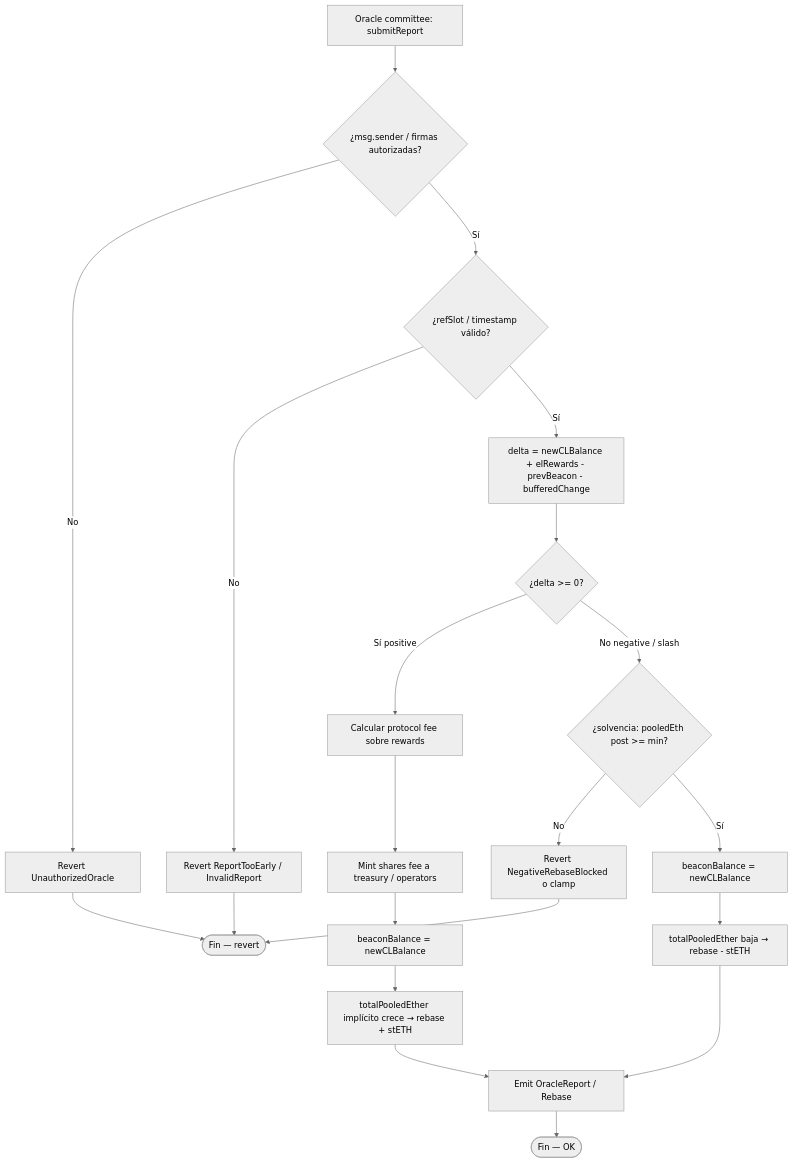
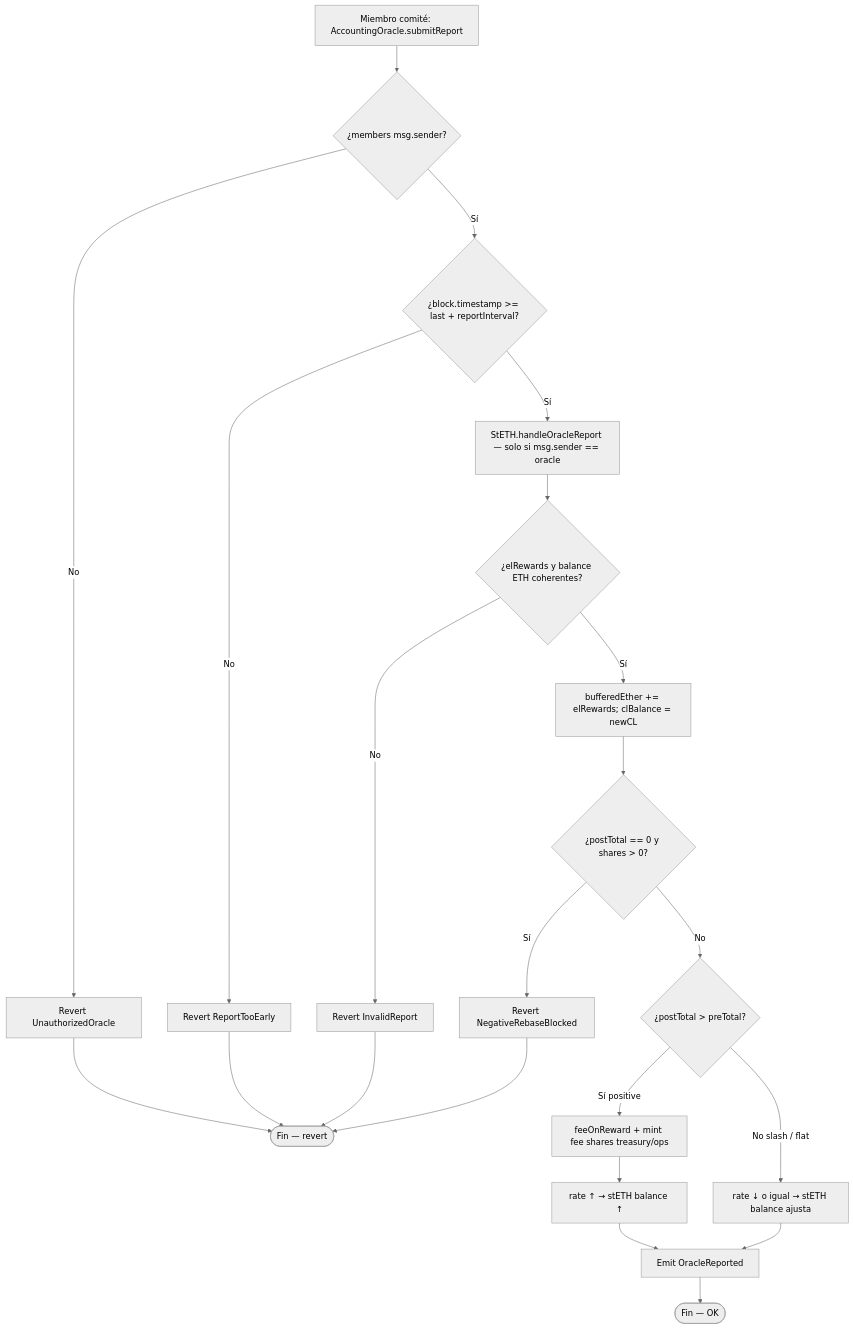
The third of 6 diagrams in doc/diagrama-de-flujo.md (rastrahm/liquid-staking-protocol), drawn with Mermaid (neutral theme) before and after one commit. The commit also changed other lines of this file and 12 other files, not shown here.

````diff
--- a/doc/diagrama-de-flujo.md
+++ b/doc/diagrama-de-flujo.md
@@ -53,23 +50,24 @@
 ```mermaid
 flowchart TD
-    A[Oracle committee: submitReport] --> B{¿msg.sender / firmas autorizadas?}
+    A[Miembro comité: AccountingOracle.submitReport] --> B{¿members msg.sender?}
     B -->|No| Z0[Revert UnauthorizedOracle]
-    B -->|Sí| C{¿refSlot / timestamp válido?}
-    C -->|No| Z1[Revert ReportTooEarly / InvalidReport]
-    C -->|Sí| D[delta = newCLBalance + elRewards - prevBeacon - bufferedChange]
-    D --> E{¿delta >= 0?}
-    E -->|Sí positive| F[Calcular protocol fee sobre rewards]
-    F --> G[Mint shares fee a treasury / operators]
-    G --> H[beaconBalance = newCLBalance]
-    H --> I[totalPooledEther implícito crece → rebase + stETH]
-    E -->|No negative / slash| J{¿solvencia: pooledEth post >= min?}
-    J -->|No| Z2[Revert NegativeRebaseBlocked o clamp]
-    J -->|Sí| K[beaconBalance = newCLBalance]
-    K --> L[totalPooledEther baja → rebase - stETH]
-    I --> M[Emit OracleReport / Rebase]
-    L --> M
+    B -->|Sí| C{¿block.timestamp >= last + reportInterval?}
+    C -->|No| Z1[Revert ReportTooEarly]
+    C -->|Sí| D[StETH.handleOracleReport — solo si msg.sender == oracle]
+    D --> E{¿elRewards y balance ETH coherentes?}
+    E -->|No| Z2[Revert InvalidReport]
+    E -->|Sí| F[bufferedEther += elRewards; clBalance = newCL]
+    F --> G{¿postTotal == 0 y shares > 0?}
+    G -->|Sí| Z3[Revert NegativeRebaseBlocked]
+    G -->|No| H{¿postTotal > preTotal?}
+    H -->|Sí positive| I[feeOnReward + mint fee shares treasury/ops]
+    I --> J[rate ↑ → stETH balance ↑]
+    H -->|No slash / flat| K[rate ↓ o igual → stETH balance ajusta]
+    J --> M[Emit OracleReported]
+    K --> M
     M --> Ok([Fin — OK])
     Z0 --> End([Fin — revert])
     Z1 --> End
     Z2 --> End
+    Z3 --> End
 ```
````
